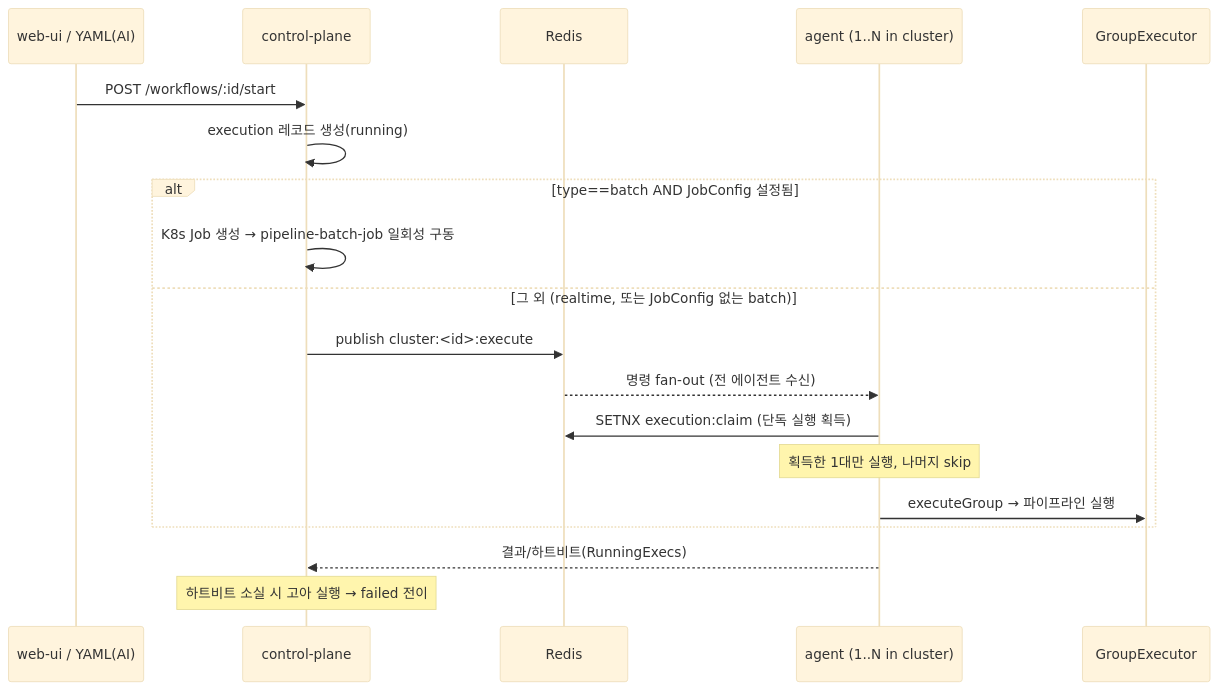
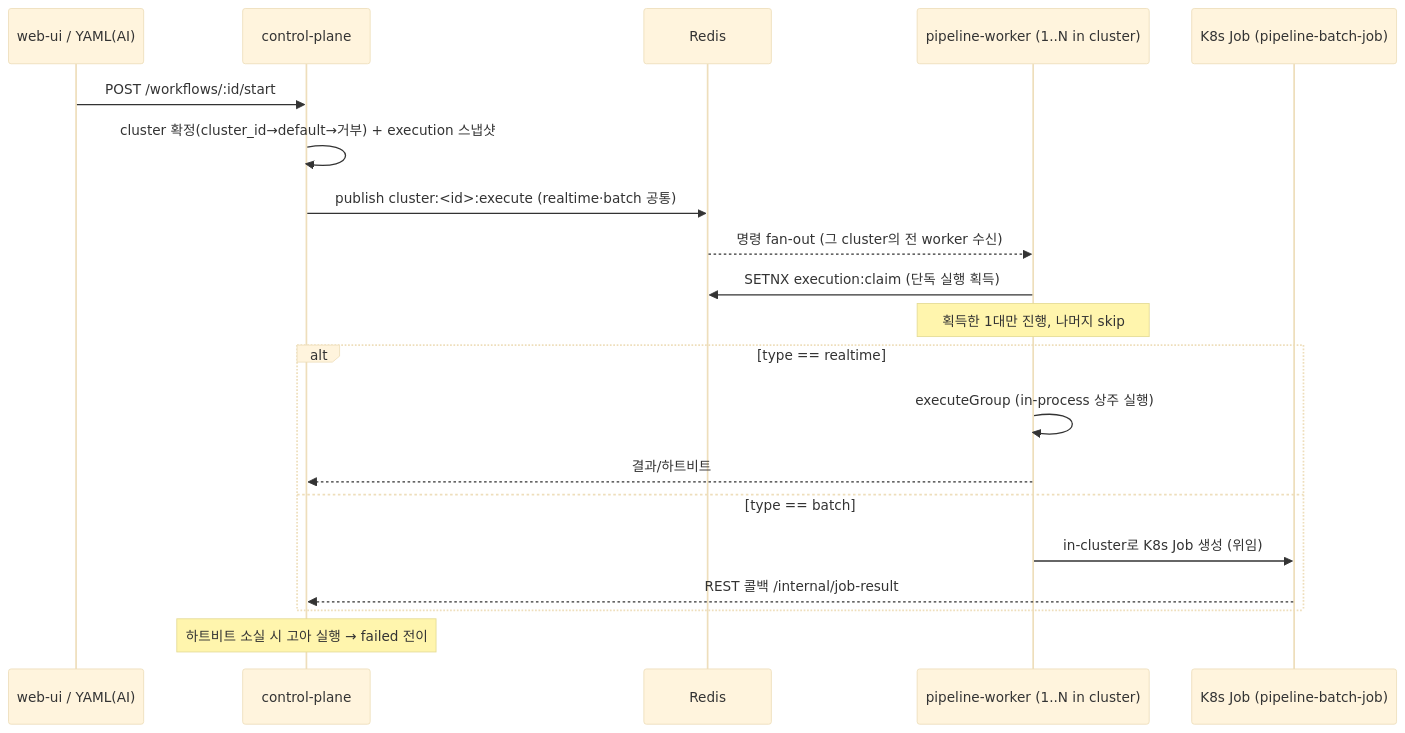
One commit to conduix/conduix changed the third of 4 diagrams in docs/ARCHITECTURE.md. Above: the diagram before and after it, drawn with Mermaid (base theme). The commit also changed other lines of this file and 43 other files, not shown here.

First line of the commit message:
feat(exec): delegate K8s Job creation to cluster workers; rename daemon→worker

````diff
--- a/docs/ARCHITECTURE.md
+++ b/docs/ARCHITECTURE.md
@@ -120,22 +123,23 @@
 ```mermaid
 sequenceDiagram
     participant U as web-ui / YAML(AI)
     participant CP as control-plane
     participant R as Redis
-    participant A as agent (1..N in cluster)
-    participant GE as GroupExecutor
+    participant W as pipeline-worker (1..N in cluster)
+    participant J as K8s Job (pipeline-batch-job)
 
     U->>CP: POST /workflows/:id/start
-    CP->>CP: execution 레코드 생성(running)
-    alt type==batch AND JobConfig 설정됨
-        CP->>CP: K8s Job 생성 → pipeline-batch-job 일회성 구동
-    else 그 외 (realtime, 또는 JobConfig 없는 batch)
-        CP->>R: publish cluster:<id>:execute
-        R-->>A: 명령 fan-out (전 에이전트 수신)
-        A->>R: SETNX execution:claim (단독 실행 획득)
-        Note over A: 획득한 1대만 실행, 나머지 skip
-        A->>GE: executeGroup → 파이프라인 실행
+    CP->>CP: cluster 확정(cluster_id→default→거부) + execution 스냅샷
+    CP->>R: publish cluster:<id>:execute (realtime·batch 공통)
+    R-->>W: 명령 fan-out (그 cluster의 전 worker 수신)
+    W->>R: SETNX execution:claim (단독 실행 획득)
+    Note over W: 획득한 1대만 진행, 나머지 skip
+    alt type == realtime
+        W->>W: executeGroup (in-process 상주 실행)
+        W-->>CP: 결과/하트비트
+    else type == batch
+        W->>J: in-cluster로 K8s Job 생성 (위임)
+        J-->>CP: REST 콜백 /internal/job-result
     end
-    A-->>CP: 결과/하트비트(RunningExecs)
     Note over CP: 하트비트 소실 시 고아 실행 → failed 전이
 ```
````
